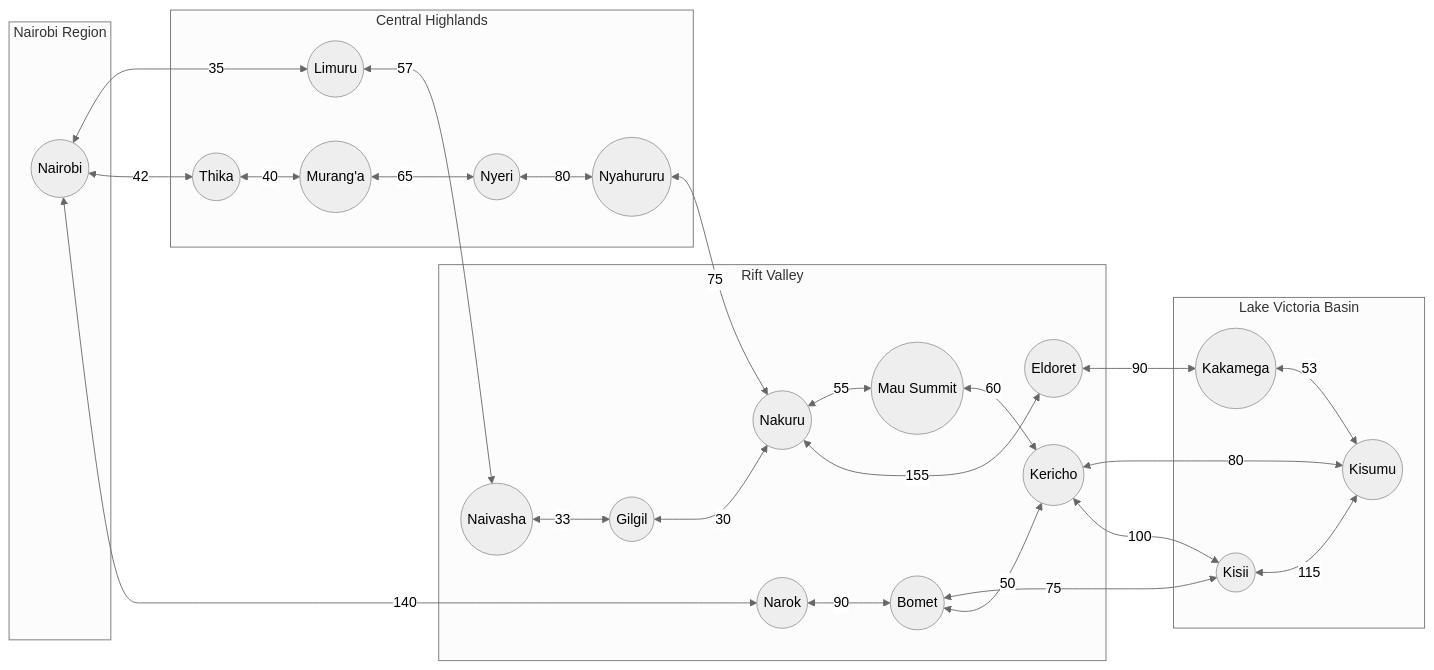
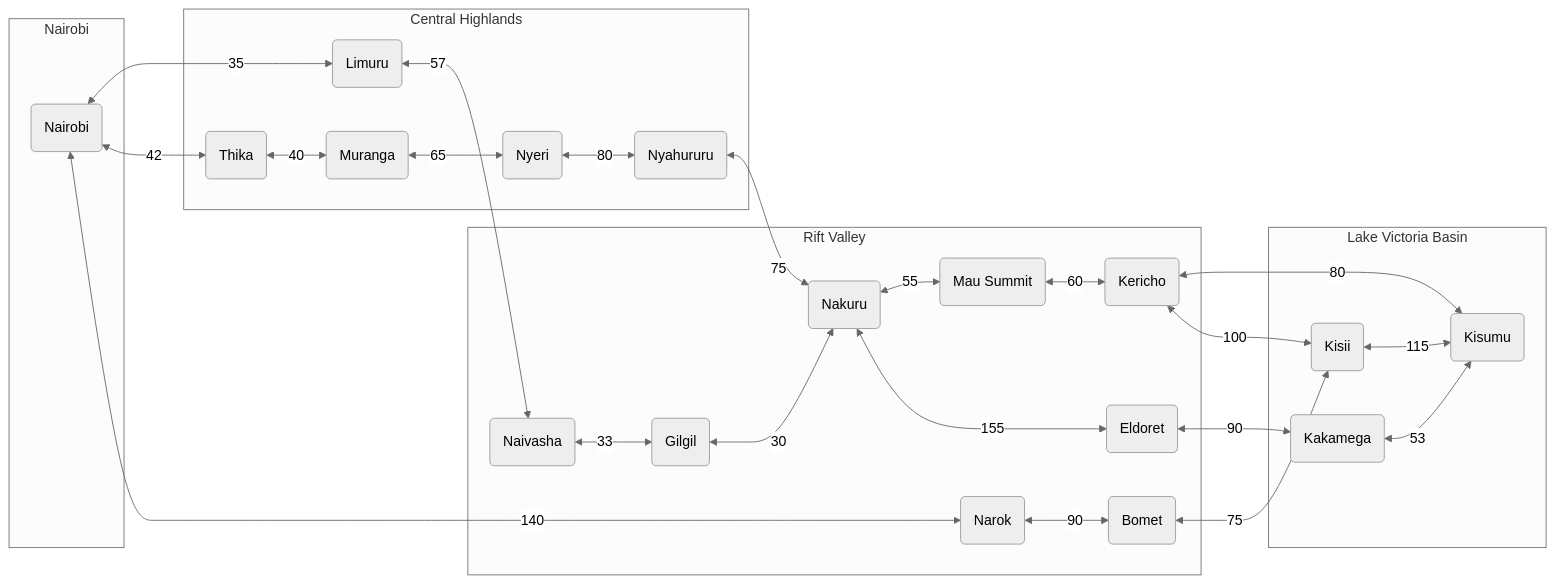
Before and after one commit to LOUIEMAINA/PS-Agents: the first of 2 diagrams in design.md, drawn with Mermaid (neutral theme). The commit also changed other lines of this file, not shown here.

````diff
--- a/design.md
+++ b/design.md
@@ -91,50 +91,49 @@
 ```mermaid
-graph LR
-    subgraph Nairobi_Region[Nairobi Region]
-        NRB((Nairobi))
+flowchart LR
+    subgraph NRB_R["Nairobi"]
+        NRB("Nairobi")
     end
-    subgraph Central_Highlands[Central Highlands]
-        LIM((Limuru))
-        THK((Thika))
-        MUR((Murang'a))
-        NYE((Nyeri))
-        NYA((Nyahururu))
+    subgraph CH["Central Highlands"]
+        LIM("Limuru")
+        THK("Thika")
+        MUR("Muranga")
+        NYE("Nyeri")
+        NYA("Nyahururu")
     end
-    subgraph Rift_Valley[Rift Valley]
-        NAI((Naivasha))
-        GIL((Gilgil))
-        NAK((Nakuru))
-        MAU((Mau Summit))
-        KER((Kericho))
-        ELD((Eldoret))
-        NAR((Narok))
-        BOM((Bomet))
+    subgraph RV["Rift Valley"]
+        NAI("Naivasha")
+        GIL("Gilgil")
+        NAK("Nakuru")
+        MAU("Mau Summit")
+        KER("Kericho")
+        ELD("Eldoret")
+        NAR("Narok")
+        BOM("Bomet")
     end
-    subgraph Lake_Victoria_Basin[Lake Victoria Basin]
-        KIS((Kisumu))
-        KII((Kisii))
-        KAK((Kakamega))
+    subgraph LVB["Lake Victoria Basin"]
+        KIS("Kisumu")
+        KII("Kisii")
+        KAK("Kakamega")
     end
 
-    NRB <-->|35| LIM
-    NRB <-->|42| THK
-    NRB <-->|140| NAR
-    LIM <-->|57| NAI
-    THK <-->|40| MUR
-    MUR <-->|65| NYE
-    NYE <-->|80| NYA
-    NAI <-->|33| GIL
-    GIL <-->|30| NAK
-    NYA <-->|75| NAK
-    NAK <-->|55| MAU
-    NAK <-->|155| ELD
-    MAU <-->|60| KER
-    KER <-->|80| KIS
-    KER <-->|100| KII
-    ELD <-->|90| KAK
-    KAK <-->|53| KIS
-    NAR <-->|90| BOM
-    BOM <-->|75| KII
-    BOM <-->|50| KER
-    KII <-->|115| KIS
+    NRB <-->|"35"| LIM
+    NRB <-->|"42"| THK
+    NRB <-->|"140"| NAR
+    LIM <-->|"57"| NAI
+    THK <-->|"40"| MUR
+    MUR <-->|"65"| NYE
+    NYE <-->|"80"| NYA
+    NAI <-->|"33"| GIL
+    GIL <-->|"30"| NAK
+    NYA <-->|"75"| NAK
+    NAK <-->|"55"| MAU
+    NAK <-->|"155"| ELD
+    MAU <-->|"60"| KER
+    KER <-->|"80"| KIS
+    KER <-->|"100"| KII
+    ELD <-->|"90"| KAK
+    KAK <-->|"53"| KIS
+    NAR <-->|"90"| BOM
+    BOM <-->|"75"| KII
+    KII <-->|"115"| KIS
 ```
````
